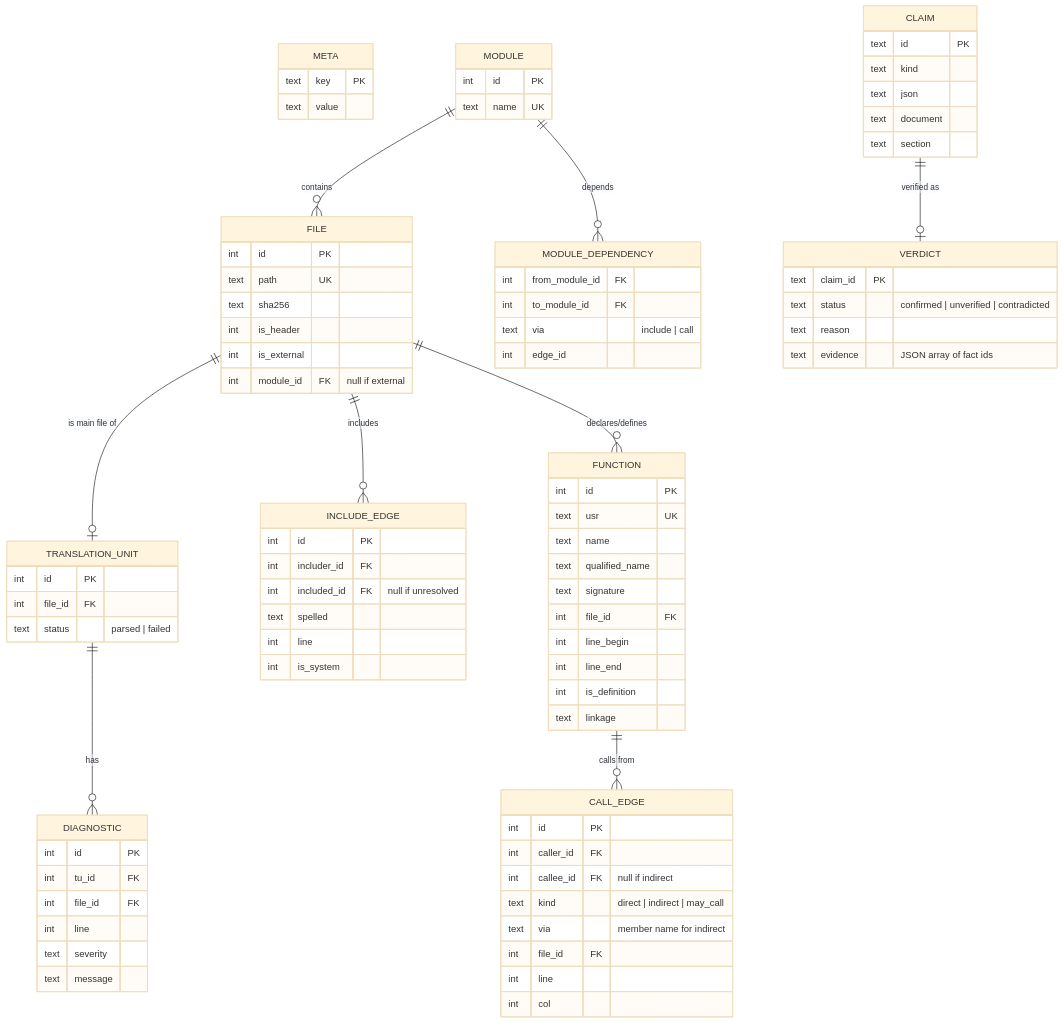
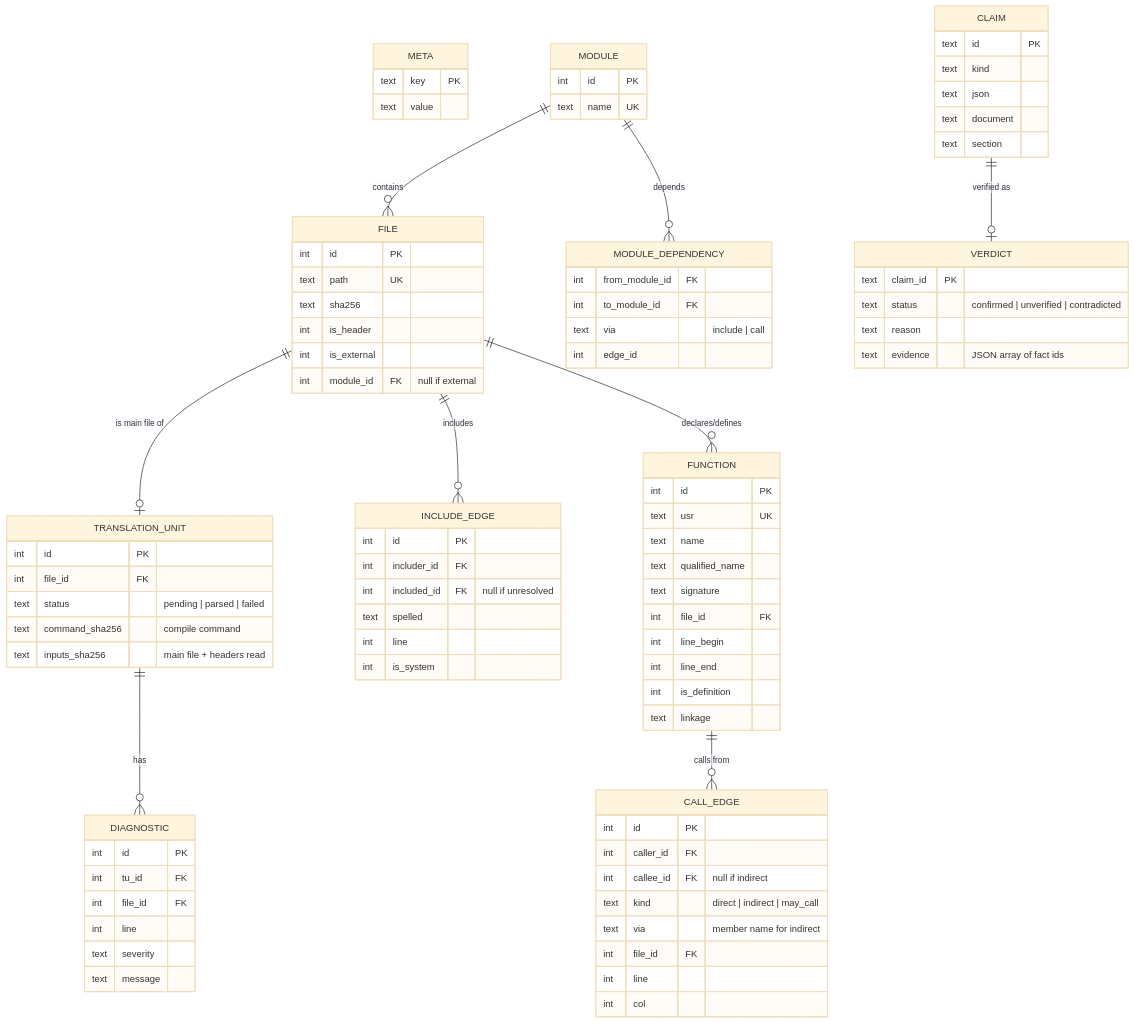
Before and after one commit to Tomek52/legacy-cartographer: the diagram in docs/architecture/data-model.md, drawn with Mermaid (base theme). The commit also changed other lines of this file and 10 other files, not shown here.

```diff
--- a/docs/architecture/data-model.md
+++ b/docs/architecture/data-model.md
@@ -13,7 +13,9 @@
     TRANSLATION_UNIT {
         int id PK
         int file_id FK
-        text status "parsed | failed"
+        text status "pending | parsed | failed"
+        text command_sha256 "compile command"
+        text inputs_sha256 "main file + headers read"
     }
     DIAGNOSTIC {
         int id PK
```
